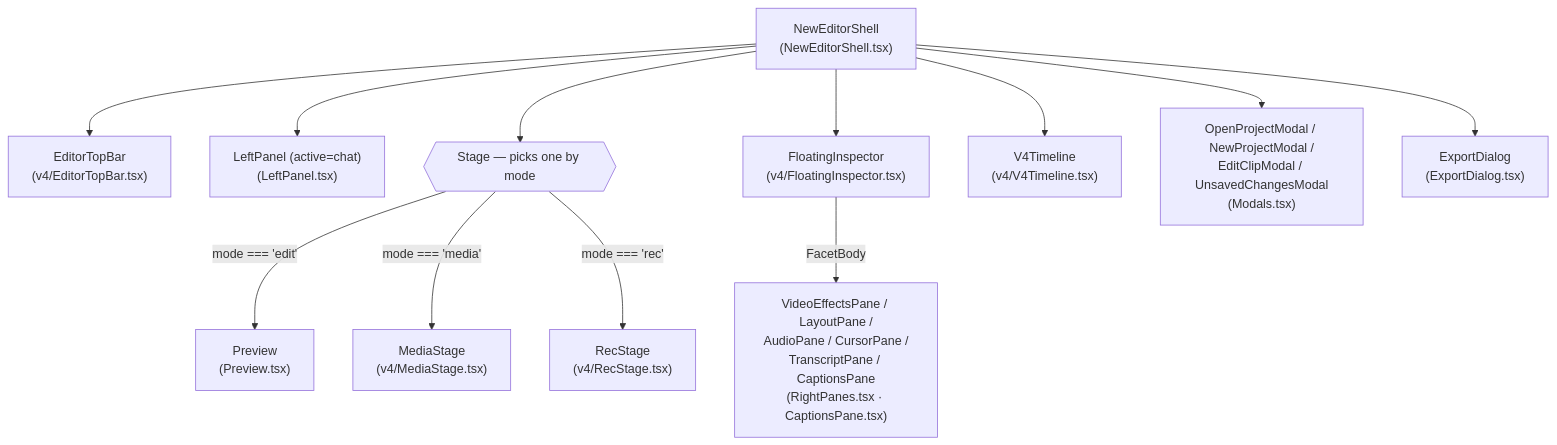
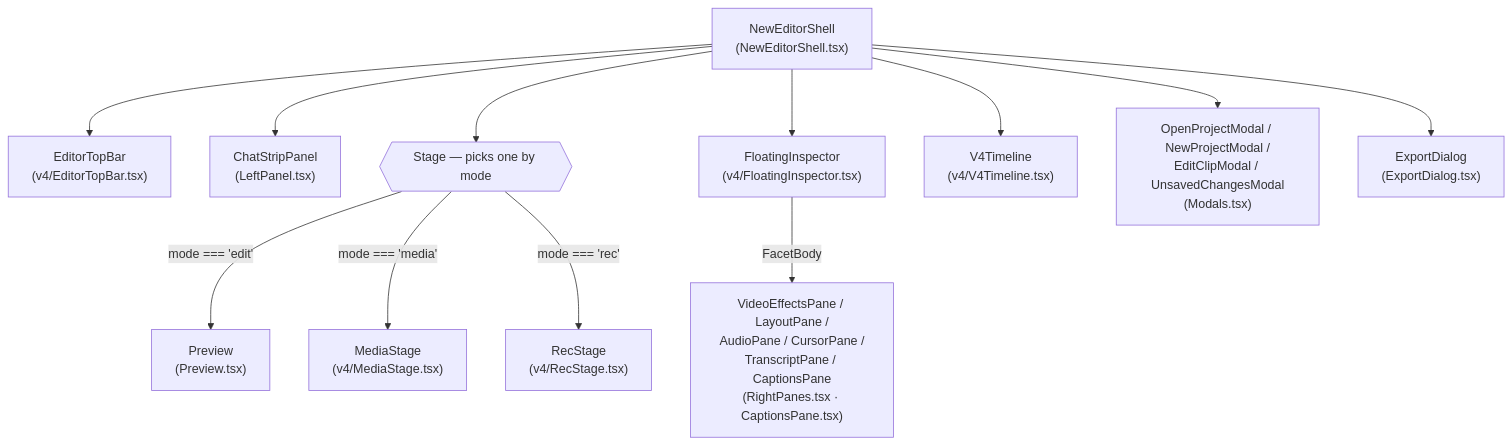
Before and after one commit to EtienneLescot/openscreen: the diagram in technical-documentation/architecture/editor-shell.md, drawn with Mermaid. The commit also changed other lines of this file and 41 other files, not shown here.

````diff
--- a/technical-documentation/architecture/editor-shell.md
+++ b/technical-documentation/architecture/editor-shell.md
@@ -15,28 +15,28 @@
 ```mermaid
 flowchart TD
     Shell["NewEditorShell<br/>(NewEditorShell.tsx)"]
     TopBar["EditorTopBar<br/>(v4/EditorTopBar.tsx)"]
-    Chat["LeftPanel (active=chat)<br/>(LeftPanel.tsx)"]
+    Chat["ChatStripPanel<br/>(LeftPanel.tsx)"]
     Stage{{"Stage — picks one by mode"}}
     Preview["Preview<br/>(Preview.tsx)"]
     Inspector["FloatingInspector<br/>(v4/FloatingInspector.tsx)"]
     Media["MediaStage<br/>(v4/MediaStage.tsx)"]
     Rec["RecStage<br/>(v4/RecStage.tsx)"]
     Timeline["V4Timeline<br/>(v4/V4Timeline.tsx)"]
     Modals["OpenProjectModal / NewProjectModal /<br/>EditClipModal / UnsavedChangesModal<br/>(Modals.tsx)"]
     Export["ExportDialog<br/>(ExportDialog.tsx)"]
 
     Shell --> TopBar
     Shell --> Chat
     Shell --> Stage
     Shell --> Inspector
     Shell --> Timeline
     Shell --> Modals
     Shell --> Export
 
     Stage -- "mode === 'edit'" --> Preview
     Stage -- "mode === 'media'" --> Media
     Stage -- "mode === 'rec'" --> Rec
 
     Inspector -- "FacetBody" --> RightPanes["VideoEffectsPane / LayoutPane /<br/>AudioPane / CursorPane /<br/>TranscriptPane / CaptionsPane<br/>(RightPanes.tsx · CaptionsPane.tsx)"]
 ```
````
